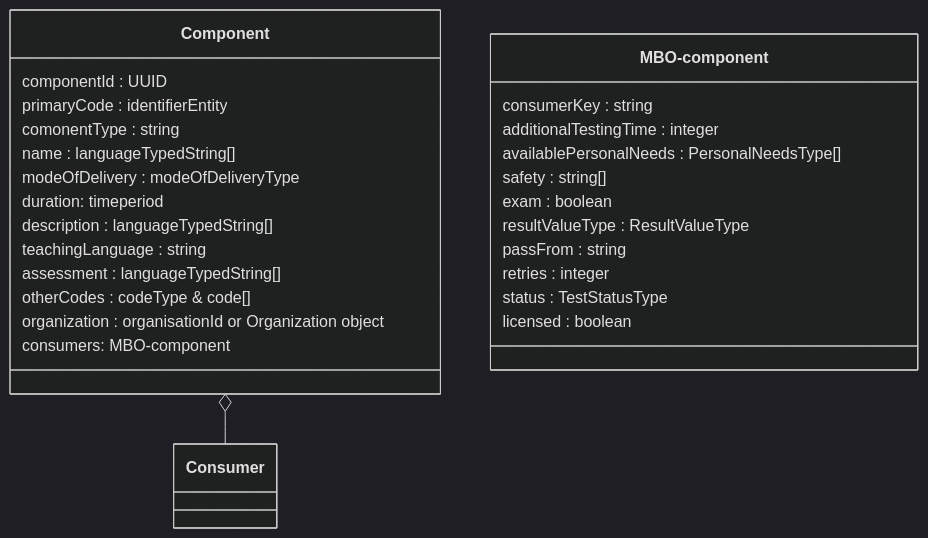
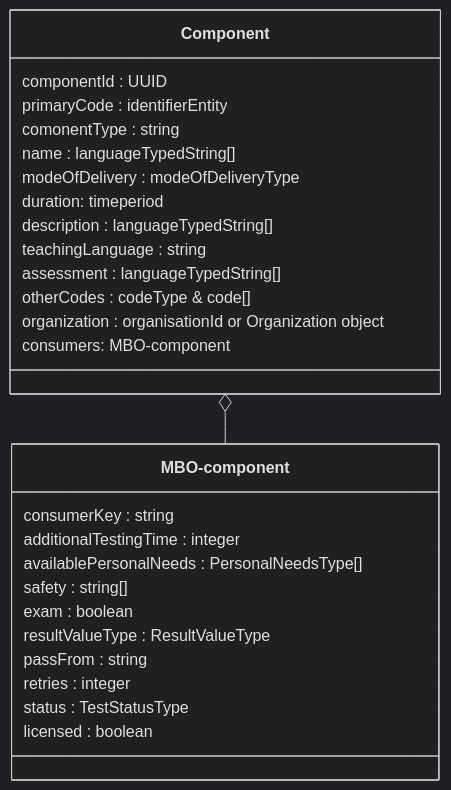
One commit to NetwerkExamineringDigitalisering/NED-OOAPI changed the second of 3 diagrams in doc/flow0.md. Above: the diagram before and after it, drawn with Mermaid (dark theme).

````diff
--- a/doc/flow0.md
+++ b/doc/flow0.md
@@ -21,30 +21,30 @@
 ```mermaid
 classDiagram
     class Component {
     	componentId : UUID
 	primaryCode : identifierEntity
 	comonentType : string
 	name : languageTypedString[]
 	modeOfDelivery : modeOfDeliveryType
     duration: timeperiod
 	description : languageTypedString[]
 	teachingLanguage : string
 	assessment : languageTypedString[]
 	otherCodes : codeType & code[]
 	organization : organisationId or Organization object
     consumers: MBO-component
     }
     class MBO-component {
     	consumerKey : string
 	additionalTestingTime : integer
 	availablePersonalNeeds : PersonalNeedsType[]
 	safety : string[]
 	exam : boolean
 	resultValueType : ResultValueType
 	passFrom : string
 	retries : integer
 	status : TestStatusType
 	licensed : boolean
     }
-    Component o-- Consumer
+    Component o-- MBO-component
 ```
````
